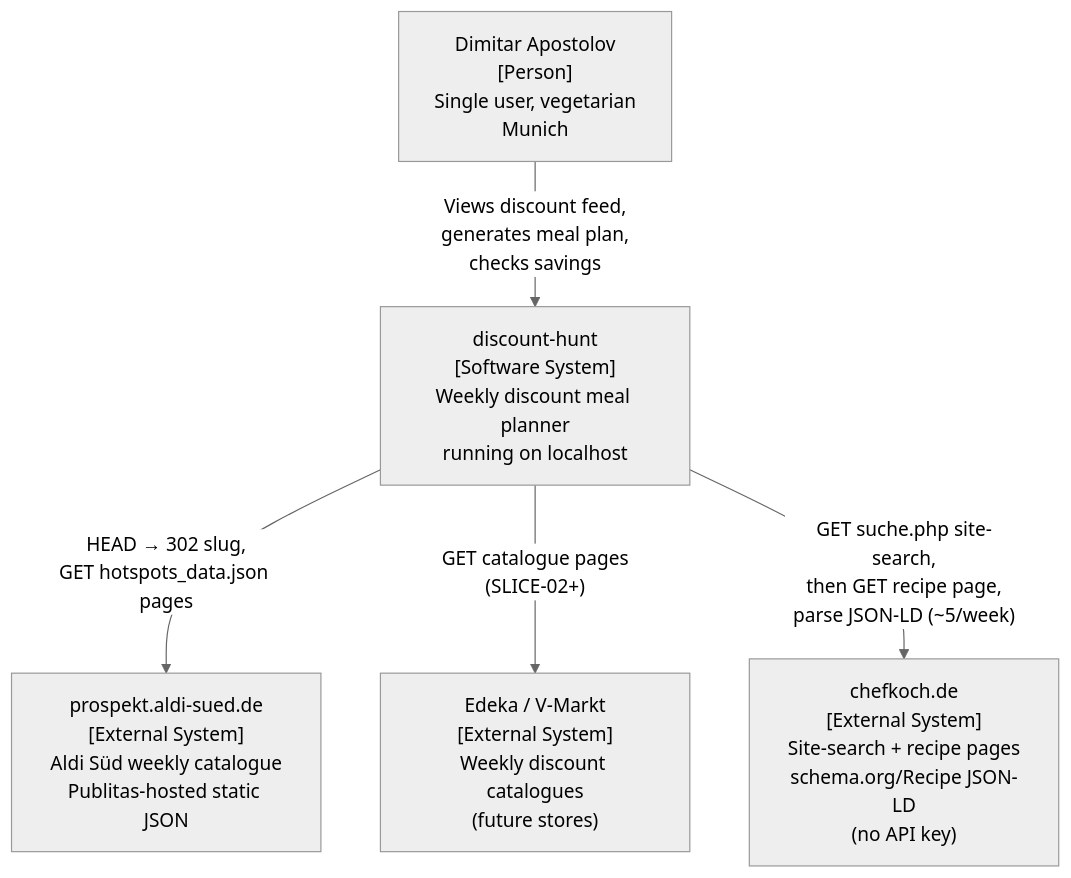
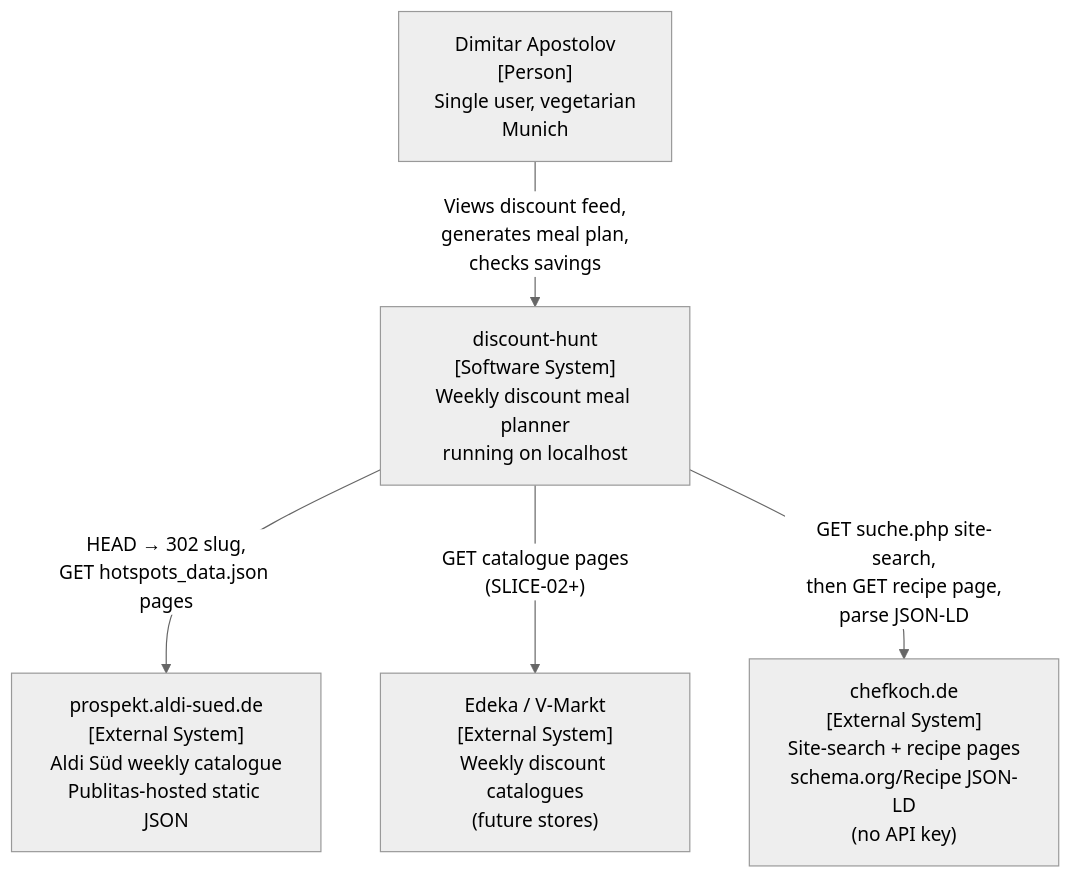
One commit to pehota/discount-hunt changed the first of 5 diagrams in docs/product/architecture/brief.md. Above: the diagram before and after it, drawn with Mermaid (neutral theme). The commit also changed other lines of this file and 37 other files, not shown here.

````diff
--- a/docs/product/architecture/brief.md
+++ b/docs/product/architecture/brief.md
@@ -61,17 +61,17 @@
 ```mermaid
 flowchart TB
     Dimitar["Dimitar Apostolov\n[Person]\nSingle user, vegetarian\nMunich"]
 
     DiscountHunt["discount-hunt\n[Software System]\nWeekly discount meal planner\nrunning on localhost"]
 
     Prospekt["prospekt.aldi-sued.de\n[External System]\nAldi Süd weekly catalogue\nPublitas-hosted static JSON"]
 
     Edeka["Edeka / V-Markt\n[External System]\nWeekly discount catalogues\n(future stores)"]
 
     Chefkoch["chefkoch.de\n[External System]\nSite-search + recipe pages\nschema.org/Recipe JSON-LD\n(no API key)"]
 
     Dimitar -->|"Views discount feed,\ngenerates meal plan,\nchecks savings"| DiscountHunt
     DiscountHunt -->|"HEAD → 302 slug,\nGET hotspots_data.json pages"| Prospekt
     DiscountHunt -->|"GET catalogue pages\n(SLICE-02+)"| Edeka
-    DiscountHunt -->|"GET suche.php site-search,\nthen GET recipe page,\nparse JSON-LD (~5/week)"| Chefkoch
+    DiscountHunt -->|"GET suche.php site-search,\nthen GET recipe page,\nparse JSON-LD"| Chefkoch
 ```
````
